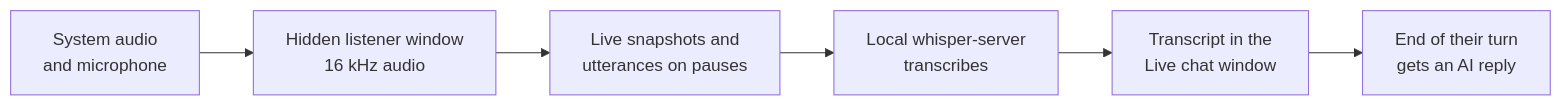
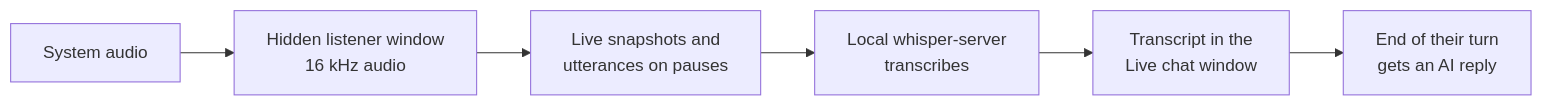
Before and after one commit to NarihitoM/AutoDesk: the second of 2 diagrams in README.md, drawn with Mermaid. The commit also changed other lines of this file and 19 other files, not shown here.

First line of the commit message:
fix: transcribe only system audio in live chat

````diff
--- a/README.md
+++ b/README.md
@@ -237,8 +234,8 @@
 ```mermaid
 flowchart LR
-    A[System audio<br/>and microphone] --> B[Hidden listener window<br/>16 kHz audio]
+    A[System audio] --> B[Hidden listener window<br/>16 kHz audio]
     B --> C[Live snapshots and<br/>utterances on pauses]
     C --> D[Local whisper-server<br/>transcribes]
     D --> E[Transcript in the<br/>Live chat window]
     E --> F[End of their turn<br/>gets an AI reply]
 ```
````
